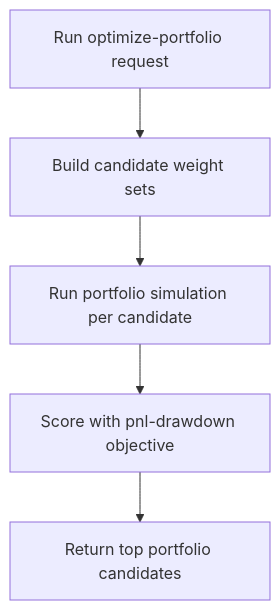
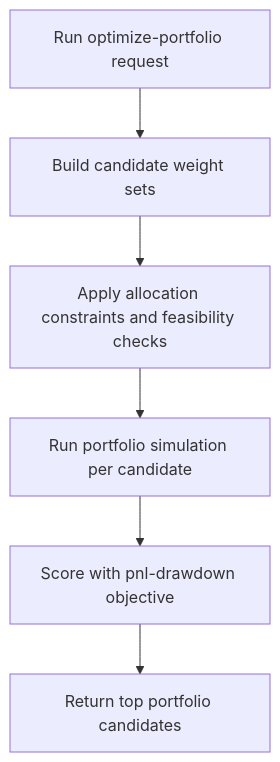
One commit to AmanVatsSharma/algo-with-nandax changed the fourth of 4 diagrams in apps/api/src/modules/backtesting/README.md. Above: the diagram before and after it, drawn with Mermaid. The commit also changed other lines of this file and 5 other files, not shown here.

Commit message:
add constrained portfolio optimization controls and feasibility checks

````diff
--- a/apps/api/src/modules/backtesting/README.md
+++ b/apps/api/src/modules/backtesting/README.md
@@ -83,7 +88,8 @@
 ```mermaid
 flowchart TD
   A[Run optimize-portfolio request] --> B[Build candidate weight sets]
-  B --> C[Run portfolio simulation per candidate]
-  C --> D[Score with pnl-drawdown objective]
-  D --> E[Return top portfolio candidates]
+  B --> C[Apply allocation constraints and feasibility checks]
+  C --> D[Run portfolio simulation per candidate]
+  D --> E[Score with pnl-drawdown objective]
+  E --> F[Return top portfolio candidates]
 ```
````
